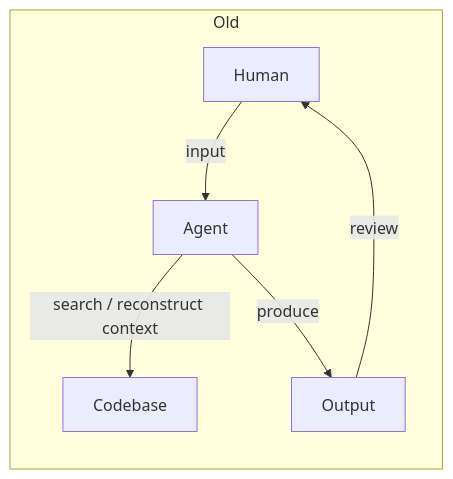
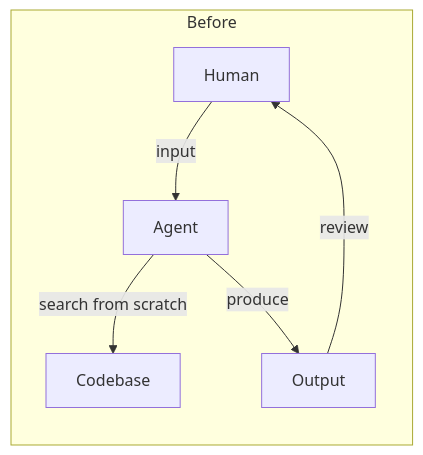
Before and after one commit to JerryHong08/topology: the first of 2 diagrams in README.md, drawn with Mermaid. The commit also changed other lines of this file and 15 other files, not shown here.

````diff
--- a/README.md
+++ b/README.md
@@ -15,10 +11,9 @@
 ```mermaid
 graph LR
-    %% Old Interface (stateless loop)
-    subgraph Old
+    subgraph Before
         Human1[Human] -->|input| Agent1[Agent]
-        Agent1 -->|search / reconstruct context| Code1[Codebase]
+        Agent1 -->|search from scratch| Code1[Codebase]
         Agent1 -->|produce| Output1[Output]
         Output1 -->|review| Human1
     end
 ```
````
